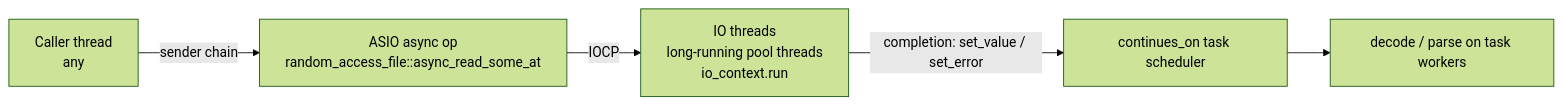
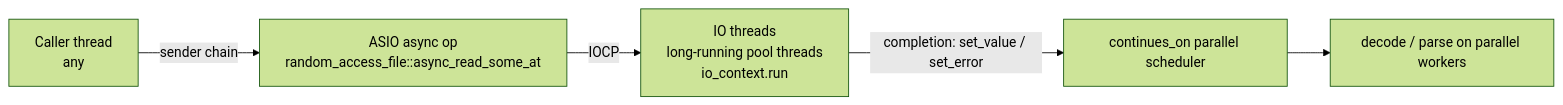
The diagram in docs/design/07-io-layer.md (KevindeQ/avis), drawn with Mermaid (forest theme) before and after one commit. The commit also changed other lines of this file and 25 other files, not shown here.

First line of the commit message:
Add the parallel scheduler backend to avis::threading

````diff
--- a/docs/design/07-io-layer.md
+++ b/docs/design/07-io-layer.md
@@ -31,7 +31,7 @@
 ```mermaid
 flowchart LR
     caller[Caller thread<br/>any] -- sender chain --> op[ASIO async op<br/>random_access_file::async_read_some_at]
     op -- IOCP --> iot[IO threads<br/>long-running pool threads<br/>io_context.run]
-    iot -- "completion: set_value / set_error" --> cont["continues_on task scheduler"]
-    cont --> work[decode / parse on task workers]
+    iot -- "completion: set_value / set_error" --> cont["continues_on parallel scheduler"]
+    cont --> work[decode / parse on parallel workers]
 ```
````
